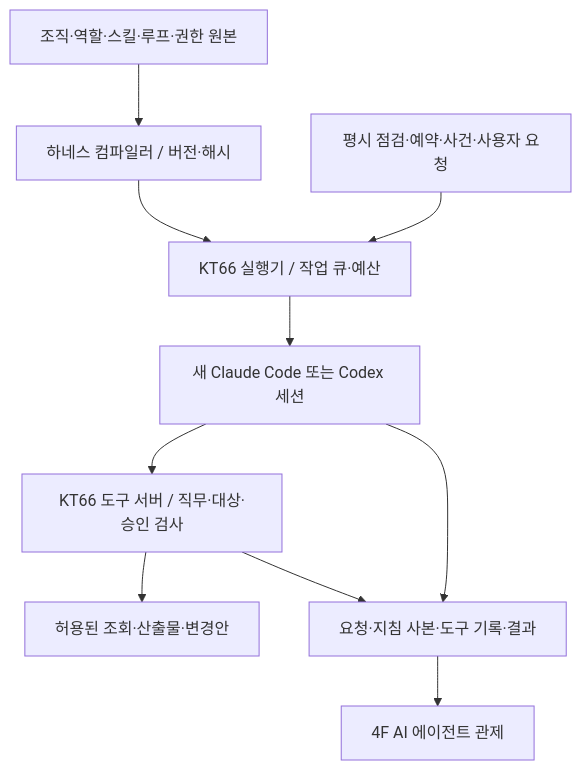
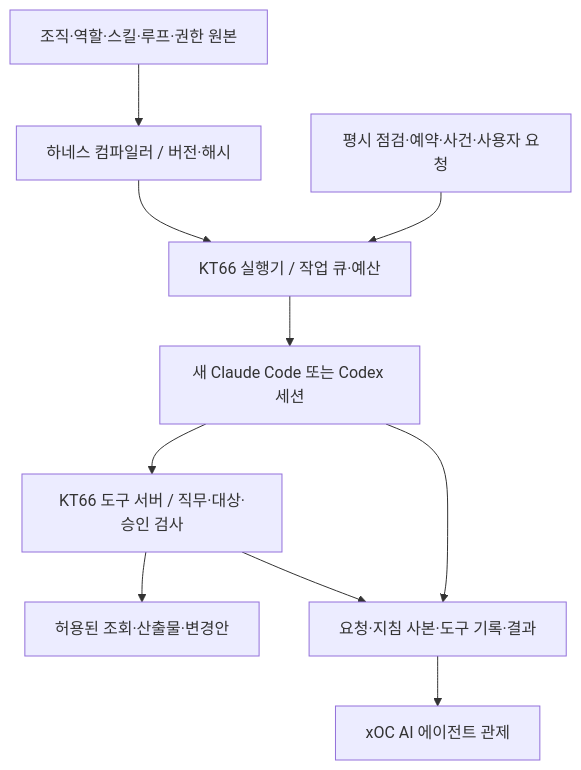
The third of 3 diagrams in README.md (mrgrit/kt66), drawn with Mermaid before and after one commit. The commit also changed other lines of this file and 63 other files, not shown here.

````diff
--- a/README.md
+++ b/README.md
@@ -106,12 +108,12 @@
 ```mermaid
 flowchart TD
     S["조직·역할·스킬·루프·권한 원본"] --> H["하네스 컴파일러 / 버전·해시"]
     Q["평시 점검·예약·사건·사용자 요청"] --> E["KT66 실행기 / 작업 큐·예산"]
     H --> E
     E --> CLI["새 Claude Code 또는 Codex 세션"]
     CLI --> MCP["KT66 도구 서버 / 직무·대상·승인 검사"]
     MCP --> DATA["허용된 조회·산출물·변경안"]
     CLI --> EV["요청·지침 사본·도구 기록·결과"]
     MCP --> EV
-    EV --> CTRL["4F AI 에이전트 관제"]
+    EV --> CTRL["xOC AI 에이전트 관제"]
 ```
````
